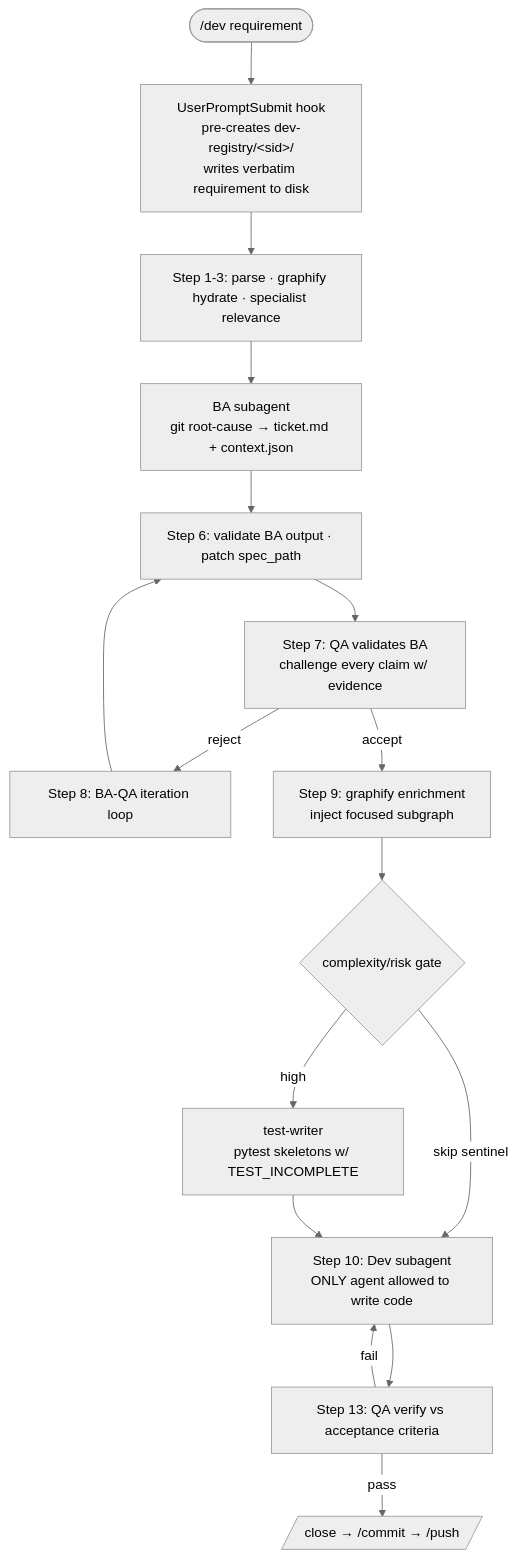
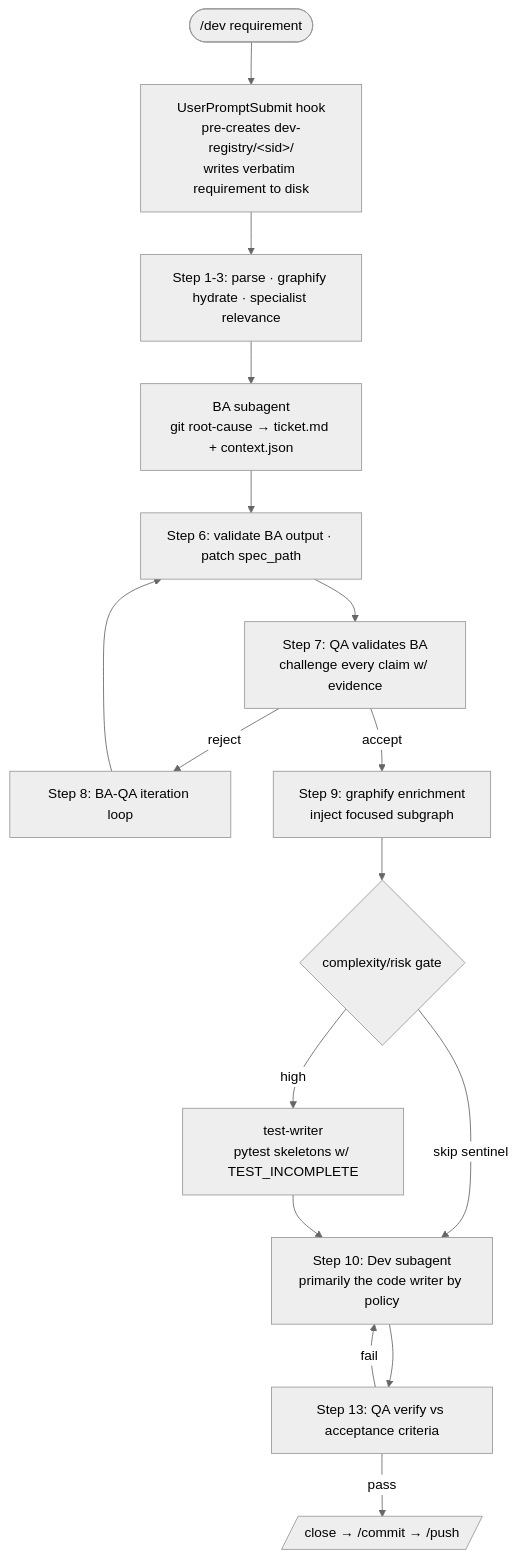
One commit to Yugoge/awesome-claude-harness changed the fourth of 5 diagrams in ARCHITECTURE.md. Above: the diagram before and after it, drawn with Mermaid (neutral theme). The commit also changed other lines of this file and 9 other files, not shown here.

````diff
--- a/ARCHITECTURE.md
+++ b/ARCHITECTURE.md
@@ -267,18 +269,18 @@
 ```mermaid
 flowchart TD
     P([/dev requirement]) --> R[UserPromptSubmit hook<br/>pre-creates dev-registry/&lt;sid&gt;/<br/>writes verbatim requirement to disk]
     R --> S1[Step 1-3: parse · graphify hydrate · specialist relevance]
     S1 --> BA[BA subagent<br/>git root-cause → ticket.md + context.json]
     BA --> V6[Step 6: validate BA output · patch spec_path]
     V6 --> QV[Step 7: QA validates BA<br/>challenge every claim w/ evidence]
     QV -->|reject| ITER[Step 8: BA-QA iteration loop]
     ITER --> V6
     QV -->|accept| GFX[Step 9: graphify enrichment<br/>inject focused subgraph]
     GFX --> TW{complexity/risk gate}
     TW -->|high| TWA[test-writer<br/>pytest skeletons w/ TEST_INCOMPLETE]
     TW -->|skip sentinel| DEV
-    TWA --> DEV[Step 10: Dev subagent<br/>ONLY agent allowed to write code]
+    TWA --> DEV[Step 10: Dev subagent<br/>primarily the code writer by policy]
     DEV --> QA[Step 13: QA verify vs acceptance criteria]
     QA -->|fail| DEV
     QA -->|pass| CLOSE[/close → /commit → /push/]
 ```
````
